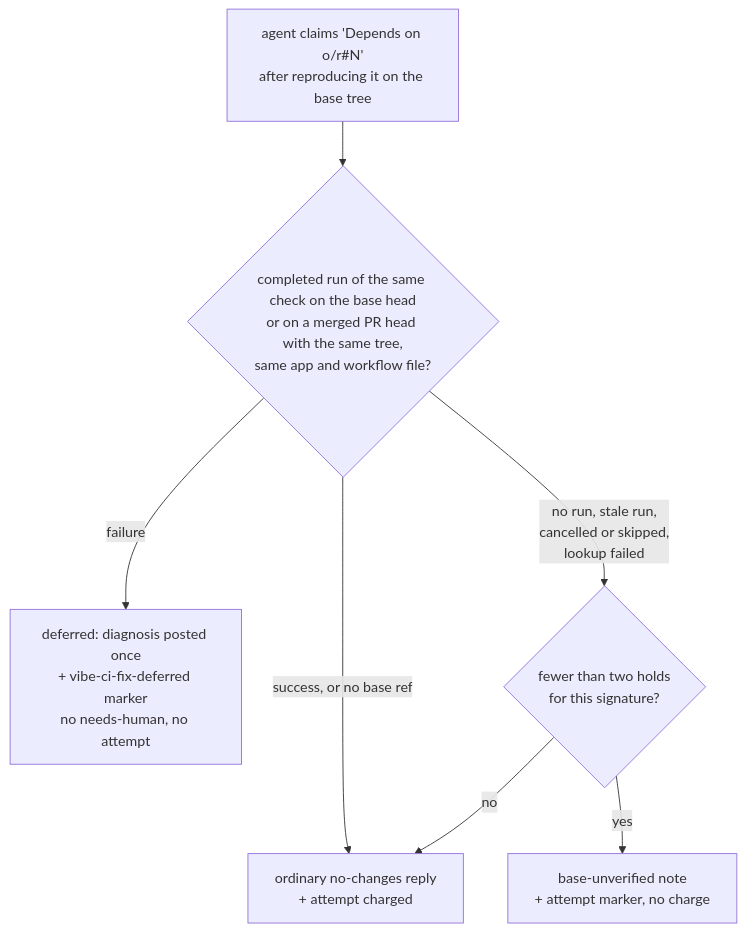
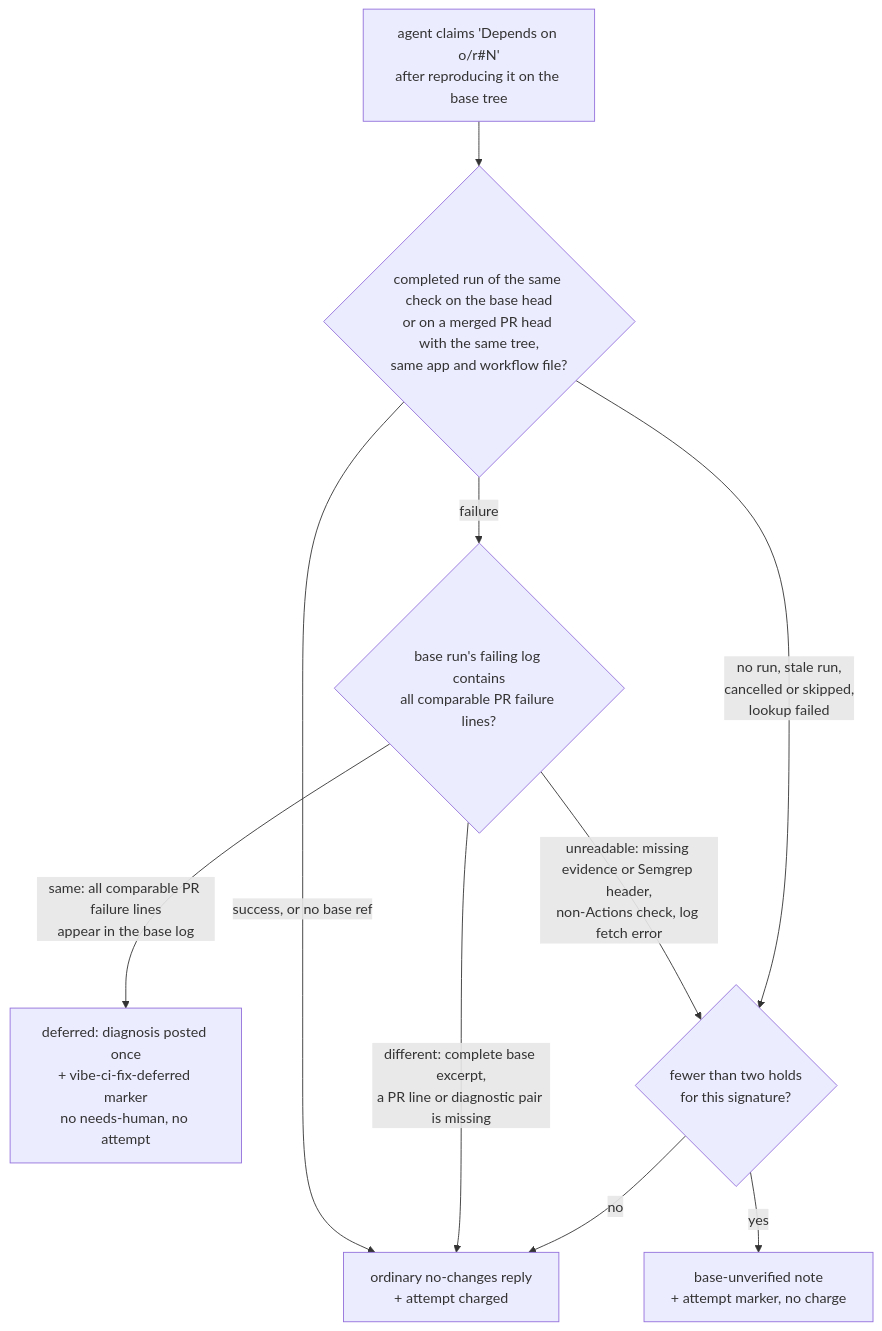
Before and after one commit to stSoftwareAU/VibeCoder: the sixth of 8 diagrams in docs/workflows/ci-fix.md, drawn with Mermaid. The commit also changed other lines of this file and 11 other files, not shown here.

Commit message:
CI-fix base deferral: require the red base run to show the PR's own failure (Issue #4680) (#4873)

````diff
--- a/docs/workflows/ci-fix.md
+++ b/docs/workflows/ci-fix.md
@@ -636,9 +701,12 @@
 ```mermaid
 flowchart TD
     A["agent claims 'Depends on o/r#N'<br/>after reproducing it on the base tree"] --> E{"completed run of the same check on the base head<br/>or on a merged PR head with the same tree,<br/>same app and workflow file?"}
     E -->|"success, or no base ref"| O["ordinary no-changes reply<br/>+ attempt charged"]
-    E -->|"failure"| R["deferred: diagnosis posted once<br/>+ vibe-ci-fix-deferred marker<br/>no needs-human, no attempt"]
-    E -->|"no run, stale run,<br/>cancelled or skipped,<br/>lookup failed"| H{"fewer than two holds<br/>for this signature?"}
+    E -->|"failure"| L{"base run's failing log contains<br/>all comparable PR failure lines?"}
+    L -->|"same: all comparable PR failure lines<br/>appear in the base log"| R["deferred: diagnosis posted once<br/>+ vibe-ci-fix-deferred marker<br/>no needs-human, no attempt"]
+    L -->|"different: complete base excerpt,<br/>a PR line or diagnostic pair is missing"| O
+    L -->|"unreadable: missing evidence or Semgrep header,<br/>non-Actions check, log fetch error"| H{"fewer than two holds<br/>for this signature?"}
+    E -->|"no run, stale run,<br/>cancelled or skipped,<br/>lookup failed"| H
     H -->|yes| U["base-unverified note<br/>+ attempt marker, no charge"]
     H -->|no| O
 ```
````
